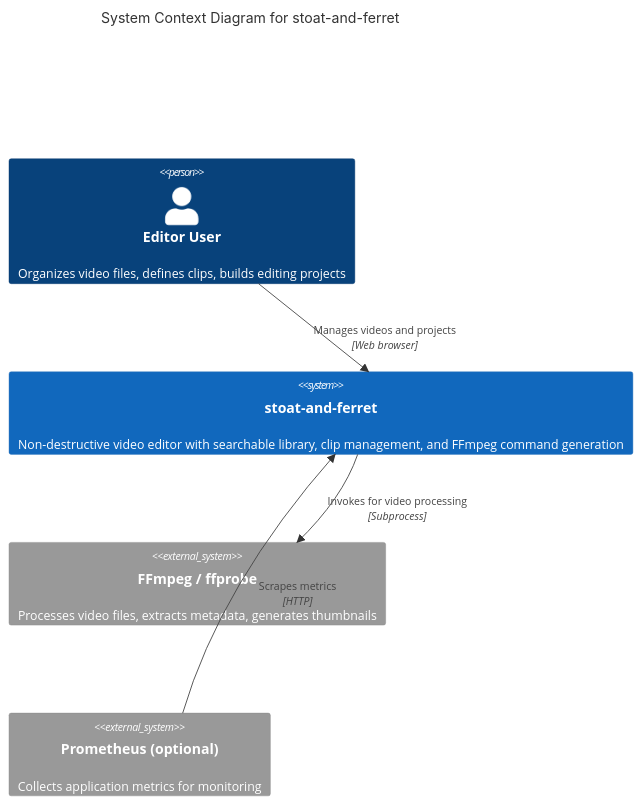
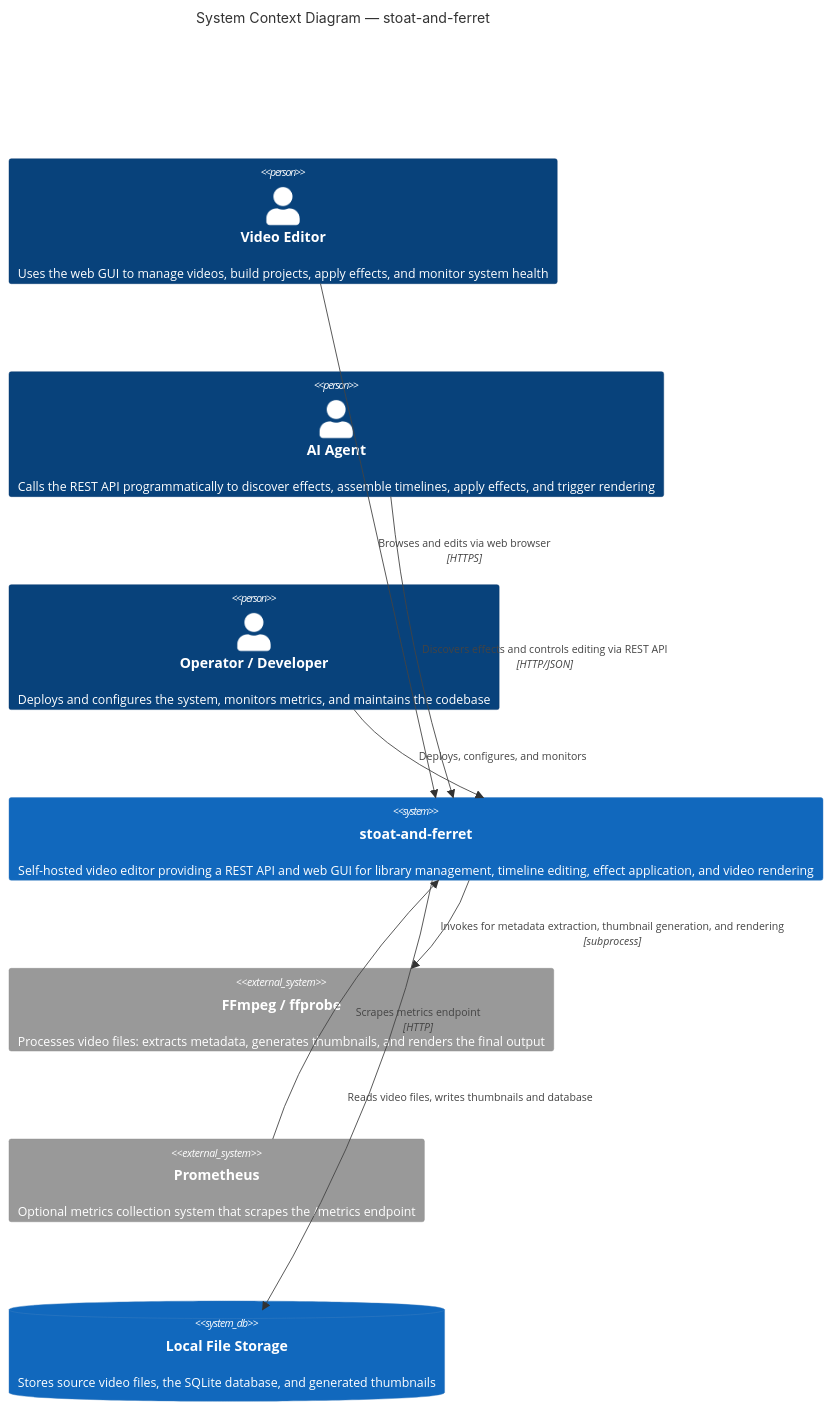
Before and after one commit to 18488292860-coder/stoat-and-ferret: the diagram in docs/C4-Documentation/c4-context.md, drawn with Mermaid. The commit also changed other lines of this file and 16 other files, not shown here.

````diff
--- a/docs/C4-Documentation/c4-context.md
+++ b/docs/C4-Documentation/c4-context.md
@@ -19,15 +21,21 @@
 ```mermaid
 C4Context
-    title System Context Diagram for stoat-and-ferret
+    title System Context Diagram — stoat-and-ferret
 
-    Person(editor, "Editor User", "Organizes video files, defines clips, builds editing projects")
+    Person(human, "Video Editor", "Uses the web GUI to manage videos, build projects, apply effects, and monitor system health")
+    Person(ai_agent, "AI Agent", "Calls the REST API programmatically to discover effects, assemble timelines, apply effects, and trigger rendering")
+    Person(operator, "Operator / Developer", "Deploys and configures the system, monitors metrics, and maintains the codebase")
 
-    System(stoat, "stoat-and-ferret", "Non-destructive video editor with searchable library, clip management, and FFmpeg command generation")
+    System(system, "stoat-and-ferret", "Self-hosted video editor providing a REST API and web GUI for library management, timeline editing, effect application, and video rendering")
 
-    System_Ext(ffmpeg, "FFmpeg / ffprobe", "Processes video files, extracts metadata, generates thumbnails")
-    System_Ext(prometheus, "Prometheus (optional)", "Collects application metrics for monitoring")
+    System_Ext(ffmpeg, "FFmpeg / ffprobe", "Processes video files: extracts metadata, generates thumbnails, and renders the final output")
+    System_Ext(prometheus, "Prometheus", "Optional metrics collection system that scrapes the /metrics endpoint")
+    SystemDb(filesystem, "Local File Storage", "Stores source video files, the SQLite database, and generated thumbnails")
 
-    Rel(editor, stoat, "Manages videos and projects", "Web browser")
-    Rel(stoat, ffmpeg, "Invokes for video processing", "Subprocess")
-    Rel(prometheus, stoat, "Scrapes metrics", "HTTP")
+    Rel(human, system, "Browses and edits via web browser", "HTTPS")
+    Rel(ai_agent, system, "Discovers effects and controls editing via REST API", "HTTP/JSON")
+    Rel(operator, system, "Deploys, configures, and monitors")
+    Rel(system, ffmpeg, "Invokes for metadata extraction, thumbnail generation, and rendering", "subprocess")
+    Rel(system, filesystem, "Reads video files, writes thumbnails and database")
+    Rel(prometheus, system, "Scrapes metrics endpoint", "HTTP")
 ```
````
